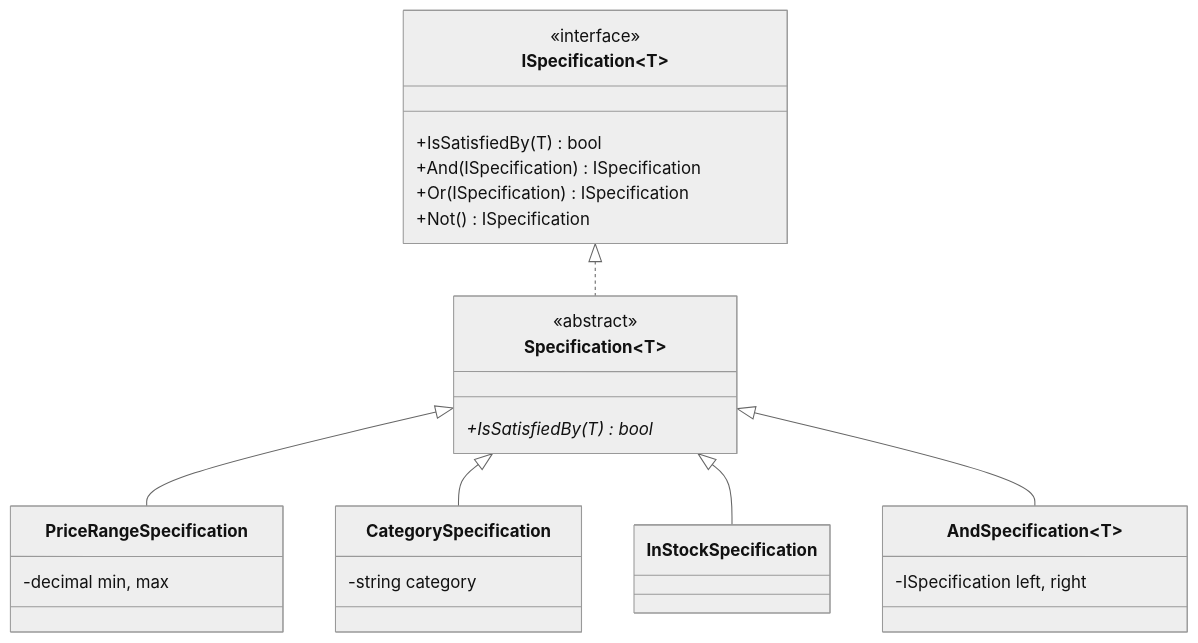
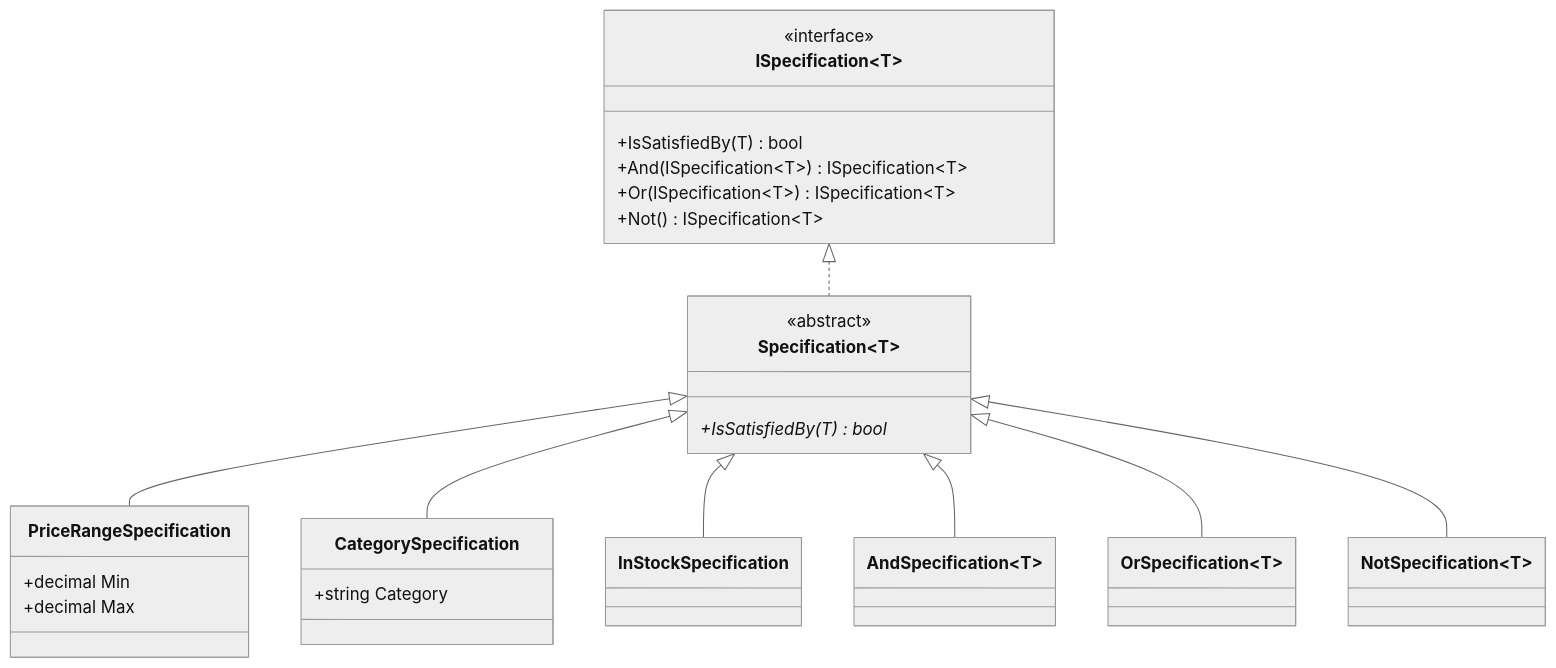
One commit to senapatisantosh/DotnetAdvanceDesignPattern changed the first of 2 diagrams in src/DesignPatterns.Enterprise/Specification/README.md. Above: the diagram before and after it, drawn with Mermaid (neutral theme). The commit also changed other lines of this file and 10 other files, not shown here.

````diff
--- a/src/DesignPatterns.Enterprise/Specification/README.md
+++ b/src/DesignPatterns.Enterprise/Specification/README.md
@@ -74,30 +80,33 @@
 ```mermaid
 classDiagram
     class ISpecification~T~ {
         <<interface>>
         +IsSatisfiedBy(T) bool
-        +And(ISpecification) ISpecification
-        +Or(ISpecification) ISpecification
-        +Not() ISpecification
+        +And(ISpecification~T~) ISpecification~T~
+        +Or(ISpecification~T~) ISpecification~T~
+        +Not() ISpecification~T~
     }
     class Specification~T~ {
         <<abstract>>
         +IsSatisfiedBy(T)* bool
     }
     class PriceRangeSpecification {
-        -decimal min, max
+        +decimal Min
+        +decimal Max
     }
     class CategorySpecification {
-        -string category
+        +string Category
     }
     class InStockSpecification
-    class AndSpecification~T~ {
-        -ISpecification left, right
-    }
+    class AndSpecification~T~
+    class OrSpecification~T~
+    class NotSpecification~T~
 
     ISpecification~T~ <|.. Specification~T~
     Specification~T~ <|-- PriceRangeSpecification
     Specification~T~ <|-- CategorySpecification
     Specification~T~ <|-- InStockSpecification
     Specification~T~ <|-- AndSpecification~T~
+    Specification~T~ <|-- OrSpecification~T~
+    Specification~T~ <|-- NotSpecification~T~
 ```
````
